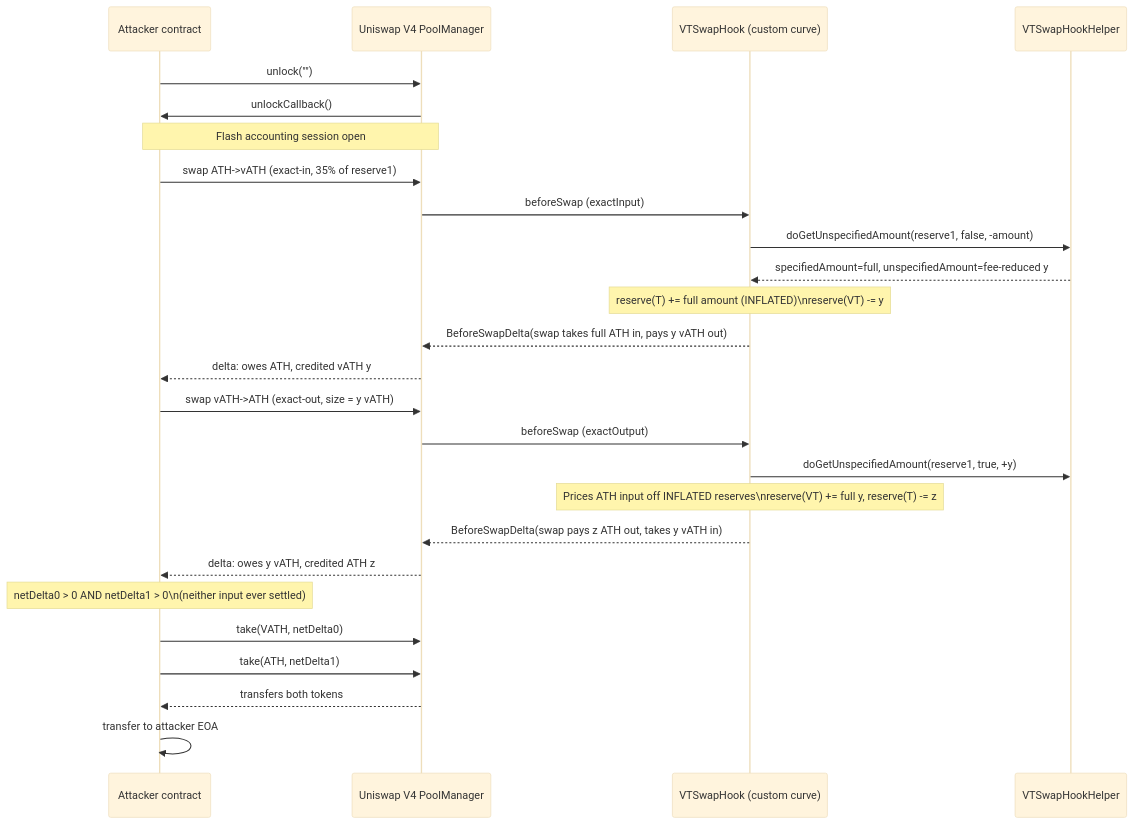
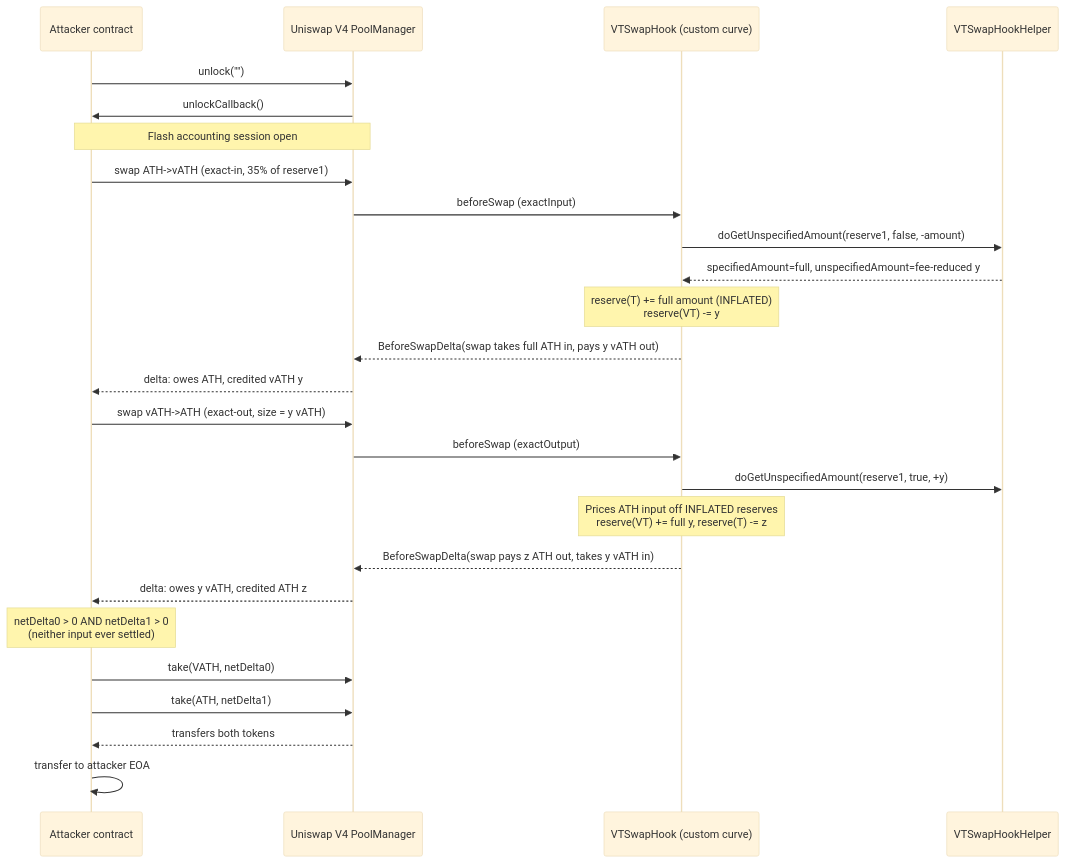
The first of 2 diagrams in 2026-03-VTSwapHook_exp/VTSwapHook_exp.md (sanbir/evm-hack-registry), drawn with Mermaid (base theme) before and after one commit. The commit also changed other lines of this file and 280 other files, not shown here.

Commit message:
mermaid fixes

````diff
--- a/2026-03-VTSwapHook_exp/VTSwapHook_exp.md
+++ b/2026-03-VTSwapHook_exp/VTSwapHook_exp.md
@@ -156,32 +156,32 @@
 ```mermaid
 sequenceDiagram
     participant A as Attacker contract
     participant PM as Uniswap V4 PoolManager
     participant H as VTSwapHook (custom curve)
     participant HP as VTSwapHookHelper
 
     A->>PM: unlock("")
     PM->>A: unlockCallback()
     Note over A,PM: Flash accounting session open
 
     A->>PM: swap ATH->vATH (exact-in, 35% of reserve1)
     PM->>H: beforeSwap (exactInput)
     H->>HP: doGetUnspecifiedAmount(reserve1, false, -amount)
     HP-->>H: specifiedAmount=full, unspecifiedAmount=fee-reduced y
-    Note over H: reserve(T) += full amount (INFLATED)\nreserve(VT) -= y
+    Note over H: reserve(T) += full amount (INFLATED)<br/>reserve(VT) -= y
     H-->>PM: BeforeSwapDelta(swap takes full ATH in, pays y vATH out)
     PM-->>A: delta: owes ATH, credited vATH y
 
     A->>PM: swap vATH->ATH (exact-out, size = y vATH)
     PM->>H: beforeSwap (exactOutput)
     H->>HP: doGetUnspecifiedAmount(reserve1, true, +y)
-    Note over H: Prices ATH input off INFLATED reserves\nreserve(VT) += full y, reserve(T) -= z
+    Note over H: Prices ATH input off INFLATED reserves<br/>reserve(VT) += full y, reserve(T) -= z
     H-->>PM: BeforeSwapDelta(swap pays z ATH out, takes y vATH in)
     PM-->>A: delta: owes y vATH, credited ATH z
 
-    Note over A: netDelta0 > 0 AND netDelta1 > 0\n(neither input ever settled)
+    Note over A: netDelta0 > 0 AND netDelta1 > 0<br/>(neither input ever settled)
     A->>PM: take(VATH, netDelta0)
     A->>PM: take(ATH, netDelta1)
     PM-->>A: transfers both tokens
     A->>A: transfer to attacker EOA
 ```
````
